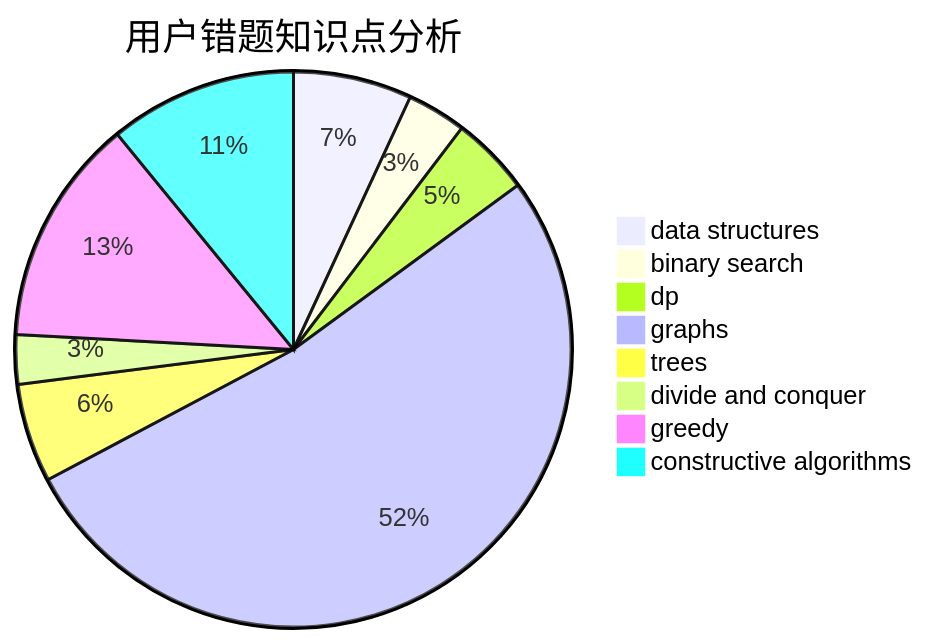
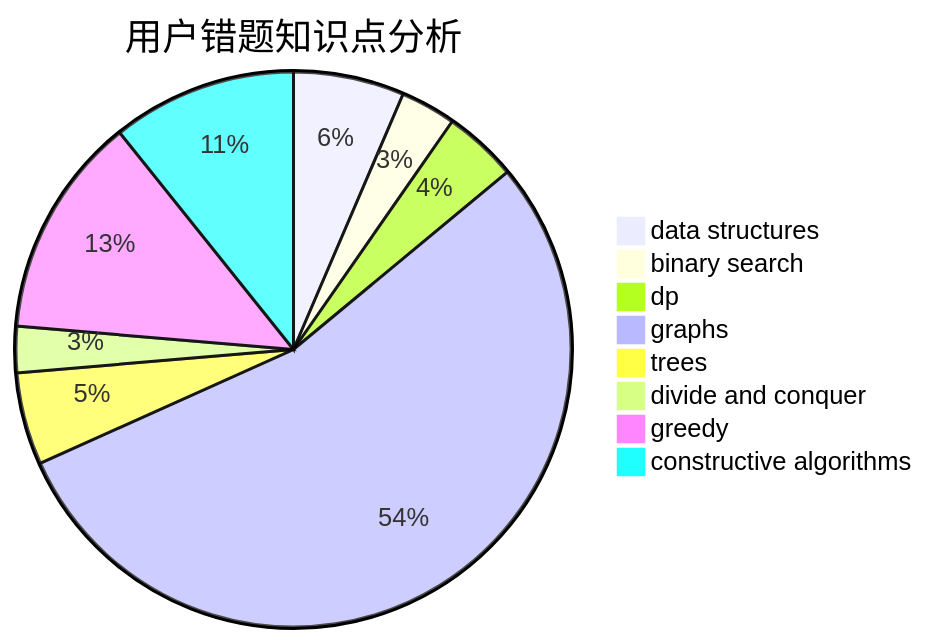
The third of 3 diagrams in docs/user/u1126.md (sherpahu/cfrs.github.io), drawn with Mermaid before and after one commit. The commit also changed other lines of this file and 2770 other files, not shown here.

````diff
--- a/docs/user/u1126.md
+++ b/docs/user/u1126.md
@@ -36,11 +36,11 @@
 ```mermaid
 pie title 用户错题知识点分析
     "data structures" :  12
     "binary search" :  6
     "dp" :  8
-    "graphs" :  91
+    "graphs" :  101
     "trees" :  10
     "divide and conquer" :  5
-    "greedy" :  23
-    "constructive algorithms" :  19
+    "greedy" :  24
+    "constructive algorithms" :  20
 ```
````
